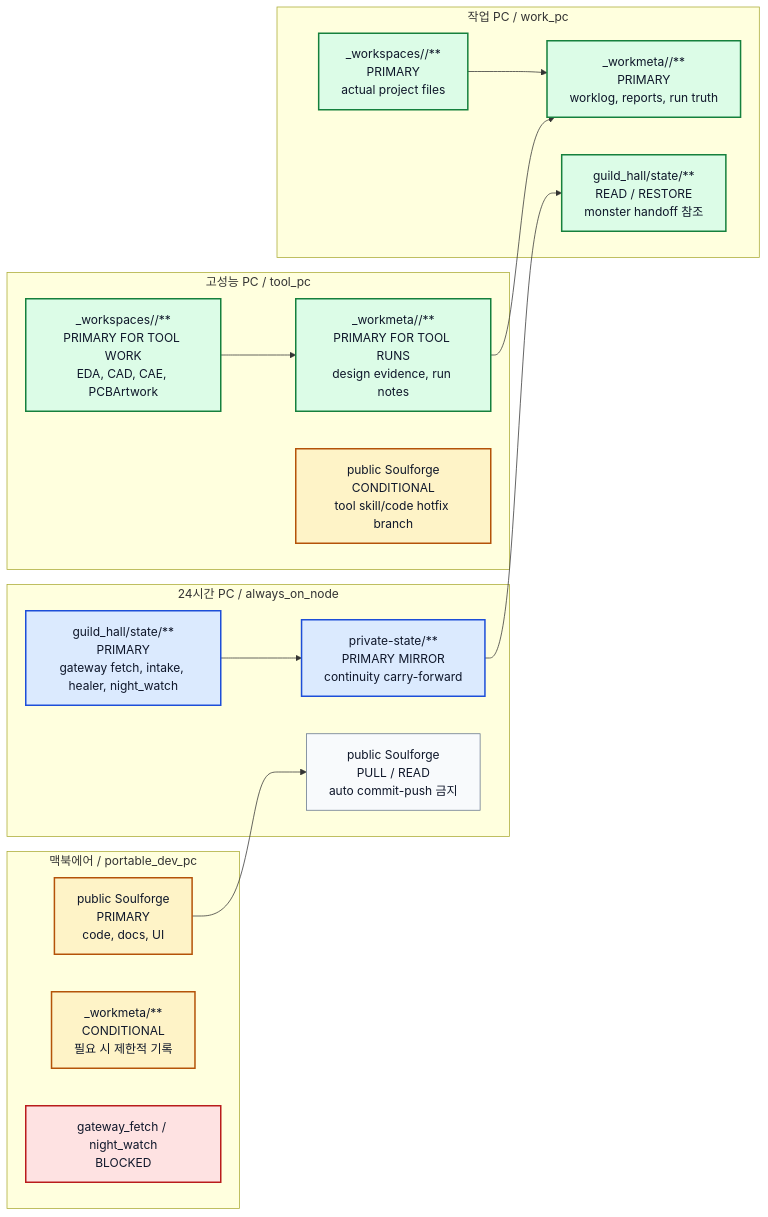
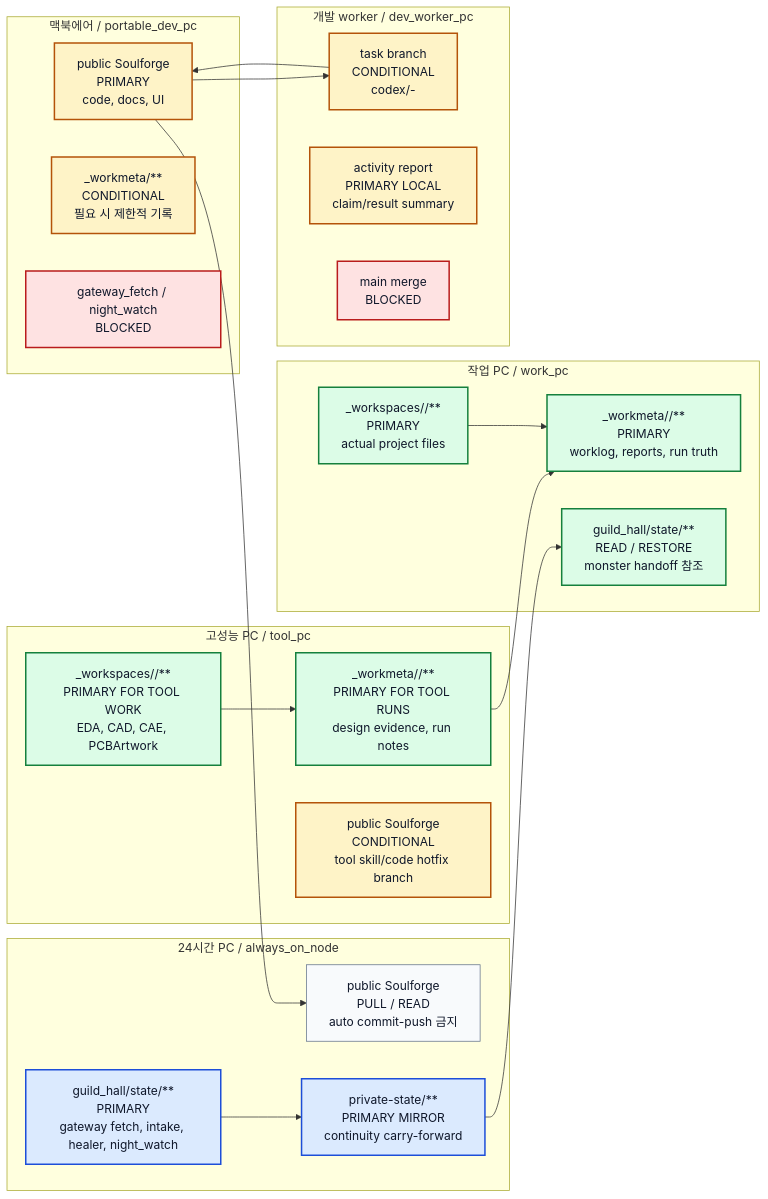
The first of 2 diagrams in docs/architecture/workspace/MULTI_PC_DEVELOPMENT_V0.md (SungYongMOON/soulforge), drawn with Mermaid before and after one commit. The commit also changed other lines of this file and 16 other files, not shown here.

Commit message:
guild-hall: dev worker branch lane 추가

````diff
--- a/docs/architecture/workspace/MULTI_PC_DEVELOPMENT_V0.md
+++ b/docs/architecture/workspace/MULTI_PC_DEVELOPMENT_V0.md
@@ -39,47 +40,57 @@
 ```mermaid
 flowchart LR
   subgraph A["24시간 PC / always_on_node"]
     A1["guild_hall/state/**<br/>PRIMARY<br/>gateway fetch, intake, healer, night_watch"]
     A2["private-state/**<br/>PRIMARY MIRROR<br/>continuity carry-forward"]
     A3["public Soulforge<br/>PULL / READ<br/>auto commit-push 금지"]
   end
 
   subgraph W["작업 PC / work_pc"]
     W1["_workspaces/<project_code>/**<br/>PRIMARY<br/>actual project files"]
     W2["_workmeta/<project_code>/**<br/>PRIMARY<br/>worklog, reports, run truth"]
     W3["guild_hall/state/**<br/>READ / RESTORE<br/>monster handoff 참조"]
   end
 
   subgraph T["고성능 PC / tool_pc"]
     T1["_workspaces/<project_code>/**<br/>PRIMARY FOR TOOL WORK<br/>EDA, CAD, CAE, PCBArtwork"]
     T2["_workmeta/<project_code>/**<br/>PRIMARY FOR TOOL RUNS<br/>design evidence, run notes"]
     T3["public Soulforge<br/>CONDITIONAL<br/>tool skill/code hotfix branch"]
   end
 
   subgraph M["맥북에어 / portable_dev_pc"]
     M1["public Soulforge<br/>PRIMARY<br/>code, docs, UI"]
     M2["_workmeta/**<br/>CONDITIONAL<br/>필요 시 제한적 기록"]
     M3["gateway_fetch / night_watch<br/>BLOCKED"]
   end
 
+  subgraph D["개발 worker / dev_worker_pc"]
+    D1["task branch<br/>CONDITIONAL<br/>codex/<node>-<task>"]
+    D2["activity report<br/>PRIMARY LOCAL<br/>claim/result summary"]
+    D3["main merge<br/>BLOCKED"]
+  end
+
   A1 --> A2
   A2 --> W3
   W1 --> W2
   T1 --> T2
   T2 --> W2
   M1 --> A3
+  M1 --> D1
+  D1 --> M1
 
   classDef ops fill:#dbeafe,stroke:#1d4ed8,stroke-width:2px,color:#0f172a;
   classDef work fill:#dcfce7,stroke:#15803d,stroke-width:2px,color:#0f172a;
   classDef dev fill:#fef3c7,stroke:#b45309,stroke-width:2px,color:#0f172a;
   classDef blocked fill:#fee2e2,stroke:#b91c1c,stroke-width:2px,color:#0f172a;
   classDef neutral fill:#f8fafc,stroke:#64748b,stroke-width:1px,color:#0f172a;
 
   class A1,A2 ops;
   class W1,W2,W3 work;
   class T1,T2 work;
   class T3 dev;
   class M1,M2 dev;
+  class D1,D2 dev;
   class M3 blocked;
+  class D3 blocked;
   class A3 neutral;
 ```
````
